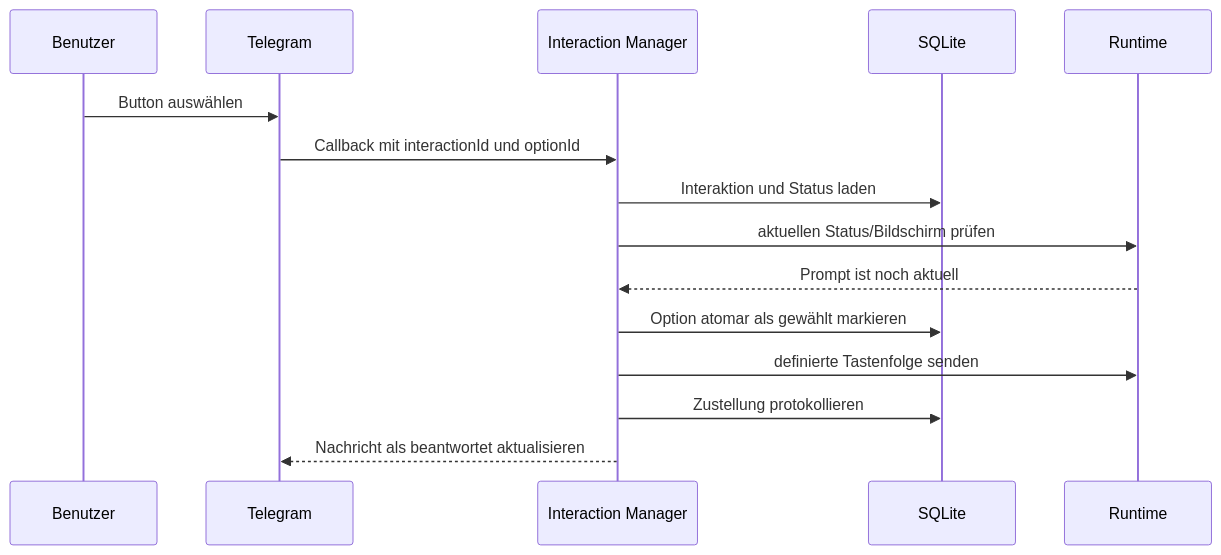
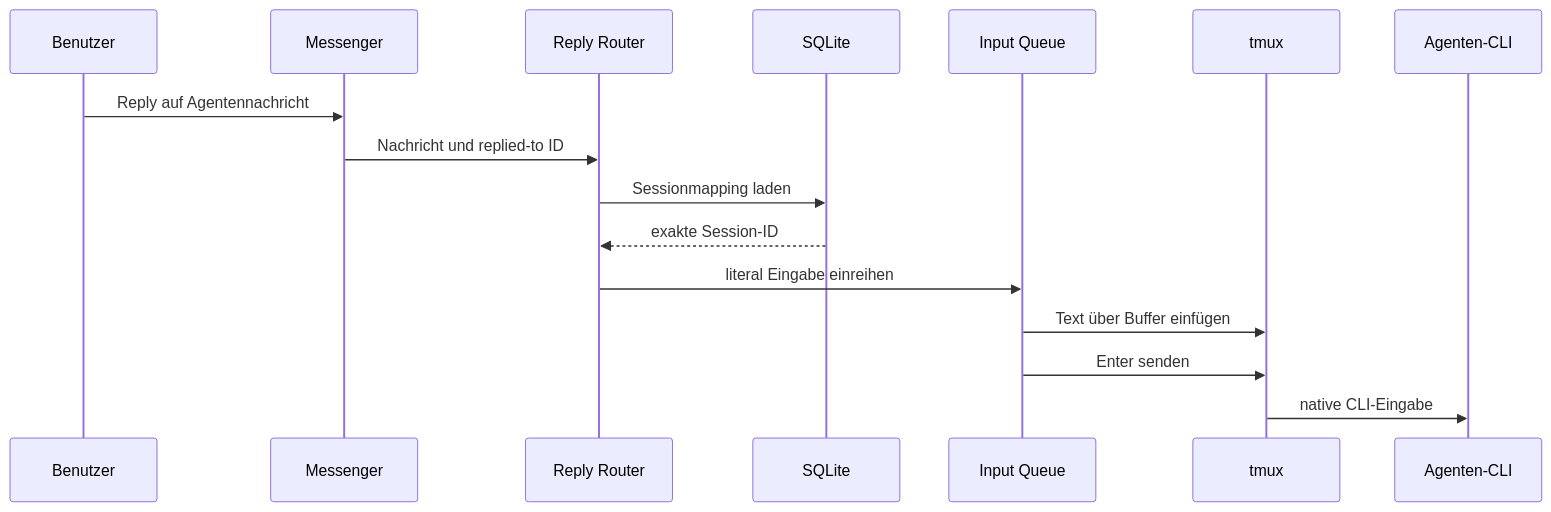
Before and after one commit to rogertobler/roundtable: the fourth of 4 diagrams in docs/04-architecture.md, drawn with Mermaid. The commit also changed other lines of this file and 12 other files, not shown here.

Commit message:
docs: define native CLI tunnel architecture

````diff
--- a/docs/04-architecture.md
+++ b/docs/04-architecture.md
@@ -335,18 +414,19 @@
 ```mermaid
 sequenceDiagram
     participant U as Benutzer
-    participant T as Telegram
-    participant I as Interaction Manager
+    participant T as Messenger
+    participant R as Reply Router
     participant D as SQLite
-    participant R as Runtime
+    participant Q as Input Queue
+    participant B as tmux
+    participant A as Agenten-CLI
 
-    U->>T: Button auswählen
-    T->>I: Callback mit interactionId und optionId
-    I->>D: Interaktion und Status laden
-    I->>R: aktuellen Status/Bildschirm prüfen
-    R-->>I: Prompt ist noch aktuell
-    I->>D: Option atomar als gewählt markieren
-    I->>R: definierte Tastenfolge senden
-    I->>D: Zustellung protokollieren
-    I-->>T: Nachricht als beantwortet aktualisieren
+    U->>T: Reply auf Agentennachricht
+    T->>R: Nachricht und replied-to ID
+    R->>D: Sessionmapping laden
+    D-->>R: exakte Session-ID
+    R->>Q: literal Eingabe einreihen
+    Q->>B: Text über Buffer einfügen
+    Q->>B: Enter senden
+    B->>A: native CLI-Eingabe
 ```
````
